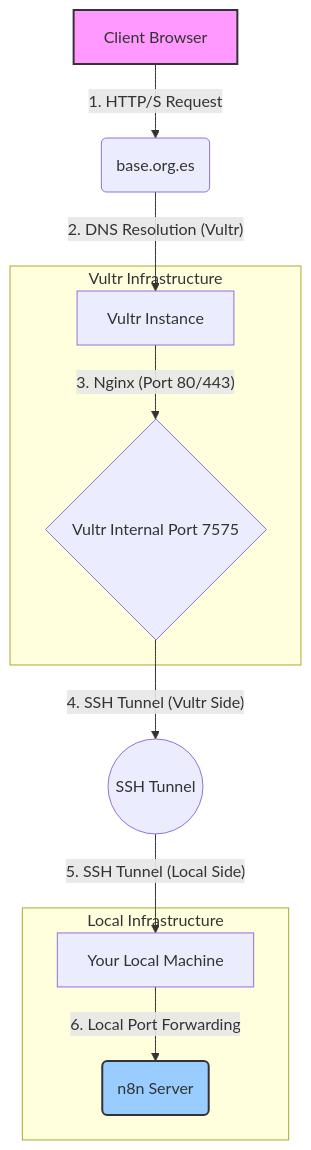
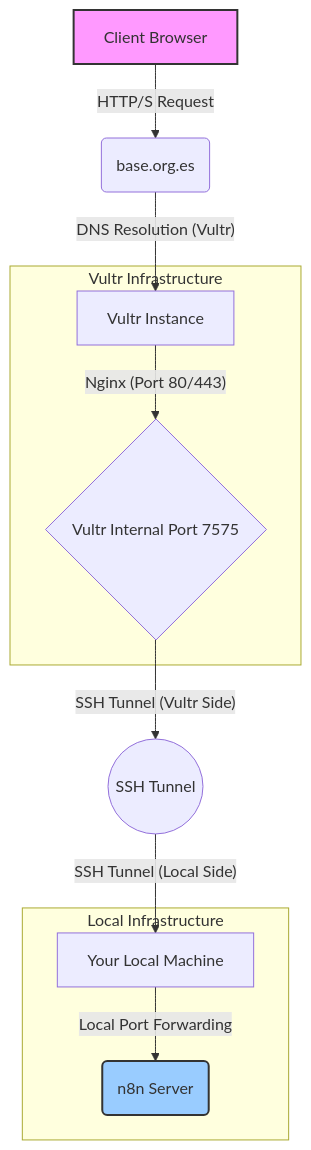
Before and after one commit to Aureliusf/nixOS-n8n: the diagram in readme.md, drawn with Mermaid.

Commit message:
readme mermaid graph

`````diff
--- a/readme.md
+++ b/readme.md
@@ -93,33 +93,33 @@
 ````mermaid
 graph TD
-    A[Client Browser] -->|1. HTTP/S Request| B(base.org.es)
-    B -->|"2. DNS Resolution (Vultr)"| C[Vultr Instance]
-    C -->|"3. Nginx (Port 80/443)"| D{"Vultr Internal Port 7575"}
-    D -->|"4. SSH Tunnel (Vultr Side)"| E((SSH Tunnel))
-    E -->|"5. SSH Tunnel (Local Side)"| F[Your Local Machine]
-    F -->|"6. Local Port Forwarding"| G(n8n Server)
+    A[Client Browser] -->|HTTP/S Request| B(base.org.es)
+    B -->|"DNS Resolution (Vultr)"| C[Vultr Instance]
+    C -->|"Nginx (Port 80/443)"| D{"Vultr Internal Port 7575"}
+    D -->|"SSH Tunnel (Vultr Side)"| E((SSH Tunnel))
+    E -->|"SSH Tunnel (Local Side)"| F[Your Local Machine]
+    F -->|"Local Port Forwarding"| G(n8n Server)
 
     subgraph Vultr Infrastructure
         C
         D
     end
 
     subgraph Local Infrastructure
         F
         G
     end
 
     style A fill:#f9f,stroke:#333,stroke-width:2px
     style G fill:#9cf,stroke:#333,stroke-width:2px
 
     %% Flow Explanations
     click A "User's browser initiates request"
     click B "Domain resolves to Vultr IP via DNS"
     click C "Nginx on Vultr instance receives request"
     click D "Nginx reverse proxies to internal Vultr port 7575"
     click E "SSH tunnel securely forwards traffic from Vultr port 7575 to your local machine"
     click F "Local machine receives forwarded traffic from SSH tunnel"
     click G "n8n server receives traffic on its local port"
 
 
 ````
`````
